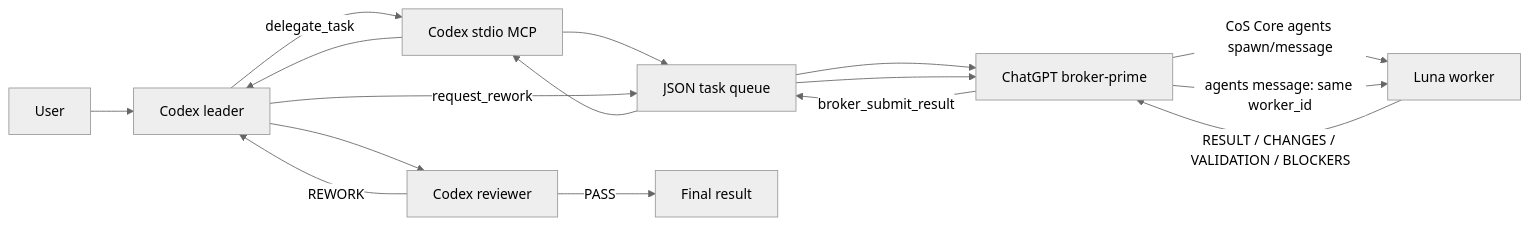
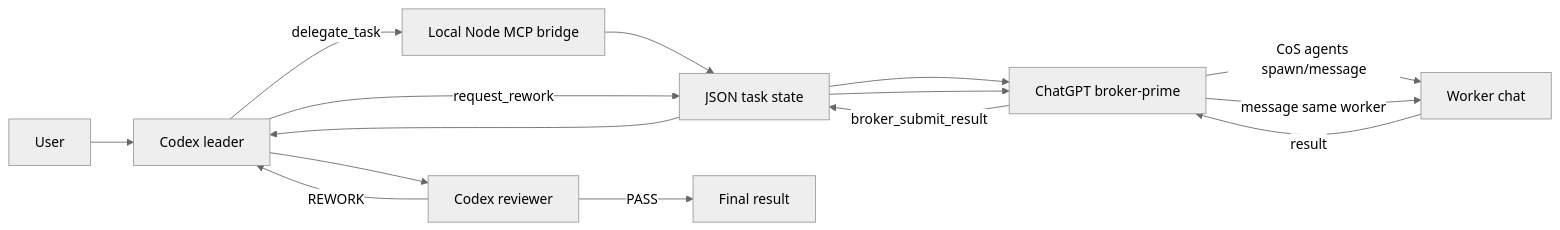
The diagram in README.md (mrrsayarr/codex-luna-bridge), drawn with Mermaid (neutral theme) before and after one commit. The commit also changed other lines of this file and 11 other files, not shown here.

````diff
--- a/README.md
+++ b/README.md
@@ -9,18 +17,17 @@
 ```mermaid
 flowchart LR
     U[User] --> C[Codex leader]
-    C -->|delegate_task| B[Codex stdio MCP]
-    B --> Q[JSON task queue]
+    C -->|delegate_task| B[Local Node MCP bridge]
+    B --> Q[JSON task state]
     Q --> P[ChatGPT broker-prime]
-    P -->|CoS Core agents spawn/message| L[Luna worker]
-    L -->|RESULT / CHANGES / VALIDATION / BLOCKERS| P
+    P -->|CoS agents spawn/message| W[Worker chat]
+    W -->|result| P
     P -->|broker_submit_result| Q
-    Q --> B
-    B --> C
+    Q --> C
     C --> R[Codex reviewer]
     R -->|PASS| F[Final result]
     R -->|REWORK| C
     C -->|request_rework| Q
     Q --> P
-    P -->|agents message: same worker_id| L
+    P -->|message same worker| W
 ```
````
